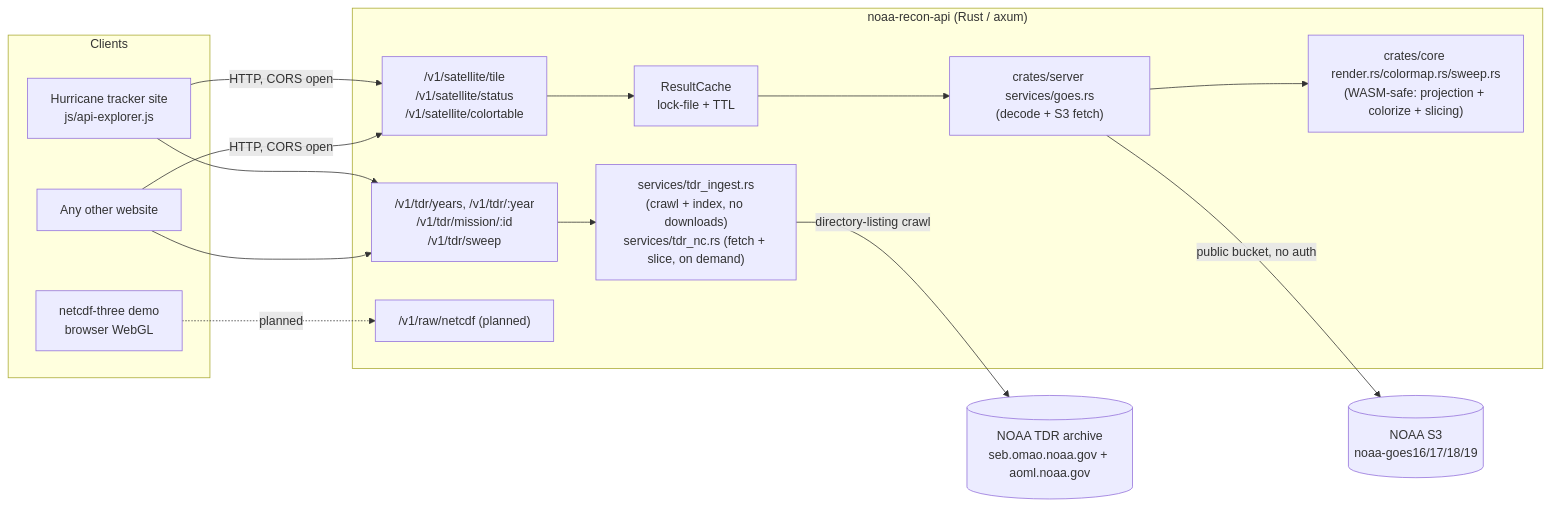
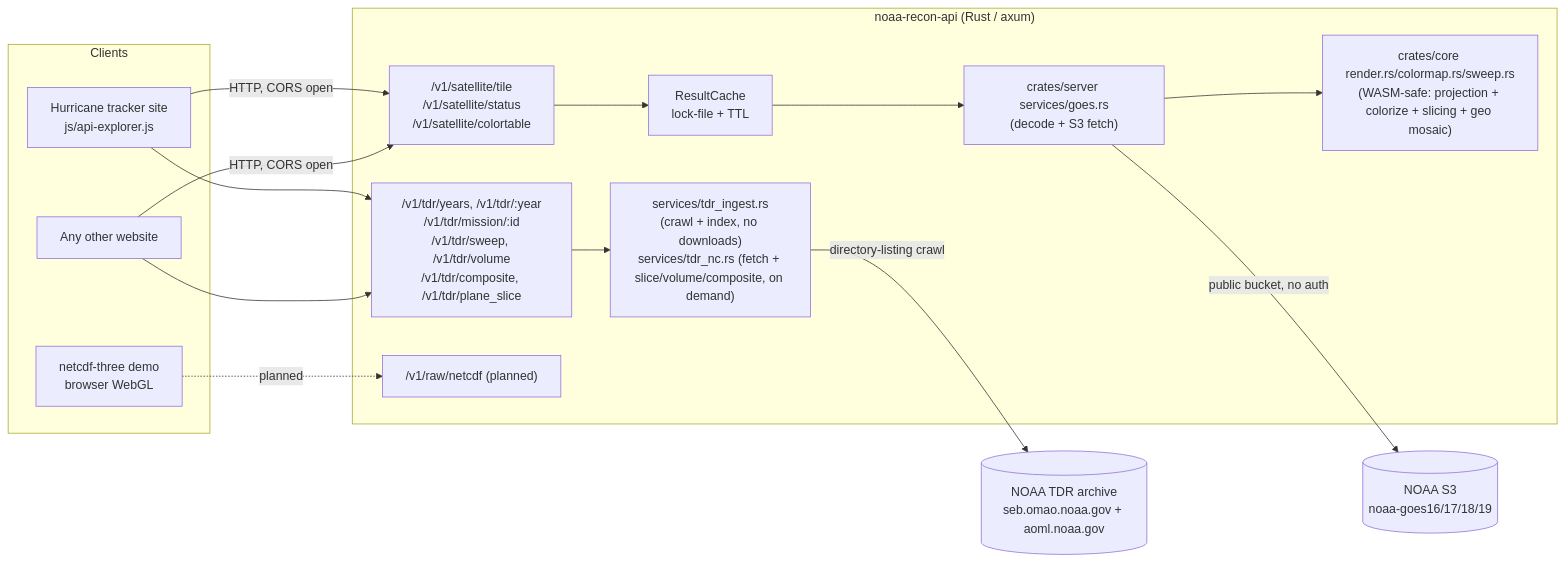
Before and after one commit to jjmurdock19/noaa-recon-api: the first of 2 diagrams in README.md, drawn with Mermaid. The commit also changed other lines of this file and 3 other files, not shown here.

````diff
--- a/README.md
+++ b/README.md
@@ -399,31 +403,31 @@
 ```mermaid
 flowchart LR
     subgraph Clients
         A[Hurricane tracker site<br/>js/api-explorer.js]
         B[Any other website]
         C[netcdf-three demo<br/>browser WebGL]
     end
 
     subgraph "noaa-recon-api (Rust / axum)"
         D["/v1/satellite/tile<br/>/v1/satellite/status<br/>/v1/satellite/colortable"]
-        E["/v1/tdr/years, /v1/tdr/:year<br/>/v1/tdr/mission/:id<br/>/v1/tdr/sweep"]
+        E["/v1/tdr/years, /v1/tdr/:year<br/>/v1/tdr/mission/:id<br/>/v1/tdr/sweep, /v1/tdr/volume<br/>/v1/tdr/composite, /v1/tdr/plane_slice"]
         F["/v1/raw/netcdf (planned)"]
         G[ResultCache<br/>lock-file + TTL]
         H["crates/server services/goes.rs<br/>(decode + S3 fetch)"]
-        K["crates/core render.rs/colormap.rs/sweep.rs<br/>(WASM-safe: projection + colorize + slicing)"]
-        L["services/tdr_ingest.rs<br/>(crawl + index, no downloads)<br/>services/tdr_nc.rs (fetch + slice, on demand)"]
+        K["crates/core render.rs/colormap.rs/sweep.rs<br/>(WASM-safe: projection + colorize + slicing + geo mosaic)"]
+        L["services/tdr_ingest.rs<br/>(crawl + index, no downloads)<br/>services/tdr_nc.rs (fetch + slice/volume/composite, on demand)"]
     end
 
     I[(NOAA S3<br/>noaa-goes16/17/18/19)]
     J[(NOAA TDR archive<br/>seb.omao.noaa.gov + aoml.noaa.gov)]
 
     A & B -->|HTTP, CORS open| D
     C -.->|planned| F
     D --> G
     G --> H
     H --> K
     H -->|public bucket, no auth| I
     A & B --> E
     E --> L
     L -->|directory-listing crawl| J
 ```
````
